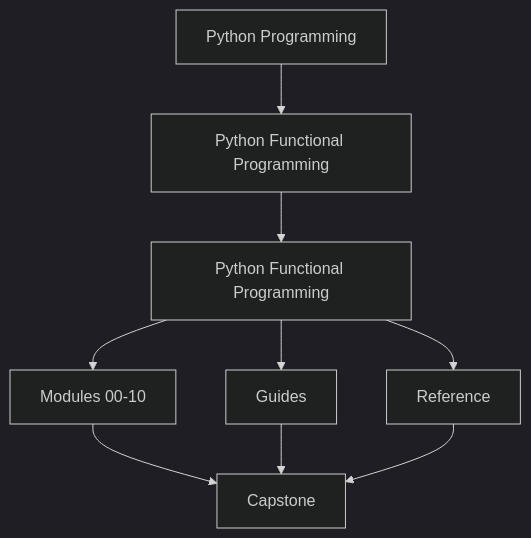
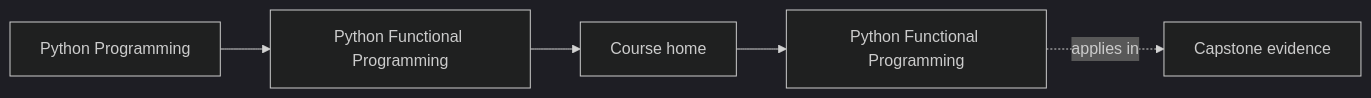
One commit to bijux/bijux-masterclass changed the first of 2 diagrams in programs/python-programming/python-functional-programming/course-book/index.md. Above: the diagram before and after it, drawn with Mermaid (dark theme). The commit also changed other lines of this file and 73 other files, not shown here.

Commit message:
docs(python-functional-programming): map orientation through streaming foundations

````diff
--- a/programs/python-programming/python-functional-programming/course-book/index.md
+++ b/programs/python-programming/python-functional-programming/course-book/index.md
@@ -7,11 +7,11 @@
 ```mermaid
-flowchart TD
-  family["Python Programming"] --> program["Python Functional Programming"]
-  program --> home["Python Functional Programming"]
-  home --> modules["Modules 00-10"]
-  home --> guides["Guides"]
-  home --> reference["Reference"]
-  modules --> capstone["Capstone"]
-  guides --> capstone
-  reference --> capstone
+graph LR
+  family["Python Programming"]
+  program["Python Functional Programming"]
+  section["Course home"]
+  page["Python Functional Programming"]
+  capstone["Capstone evidence"]
+
+  family --> program --> section --> page
+  page -.applies in.-> capstone
 ```
````
